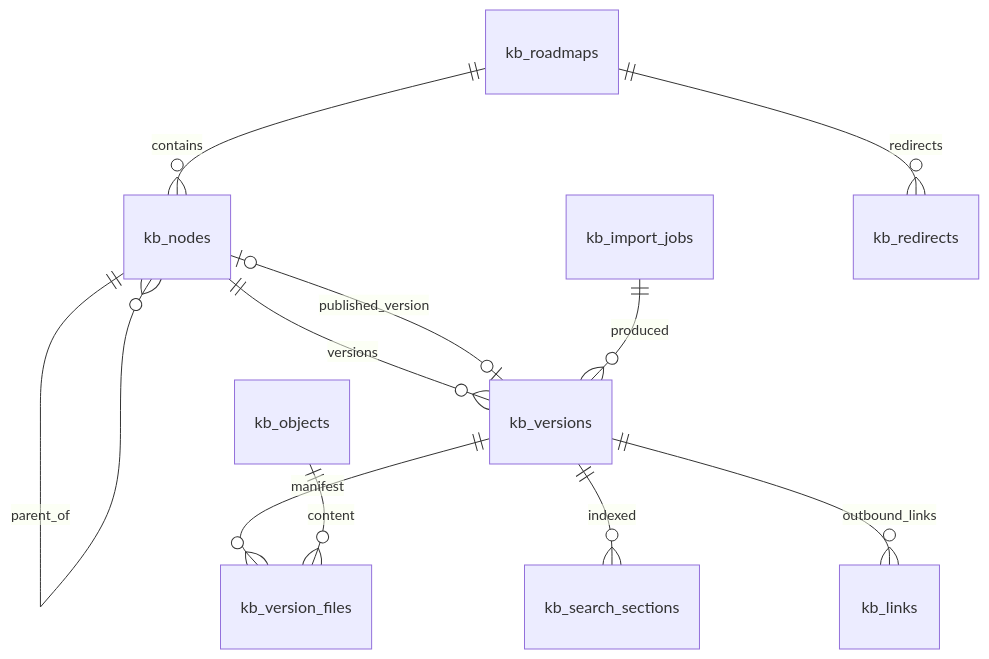
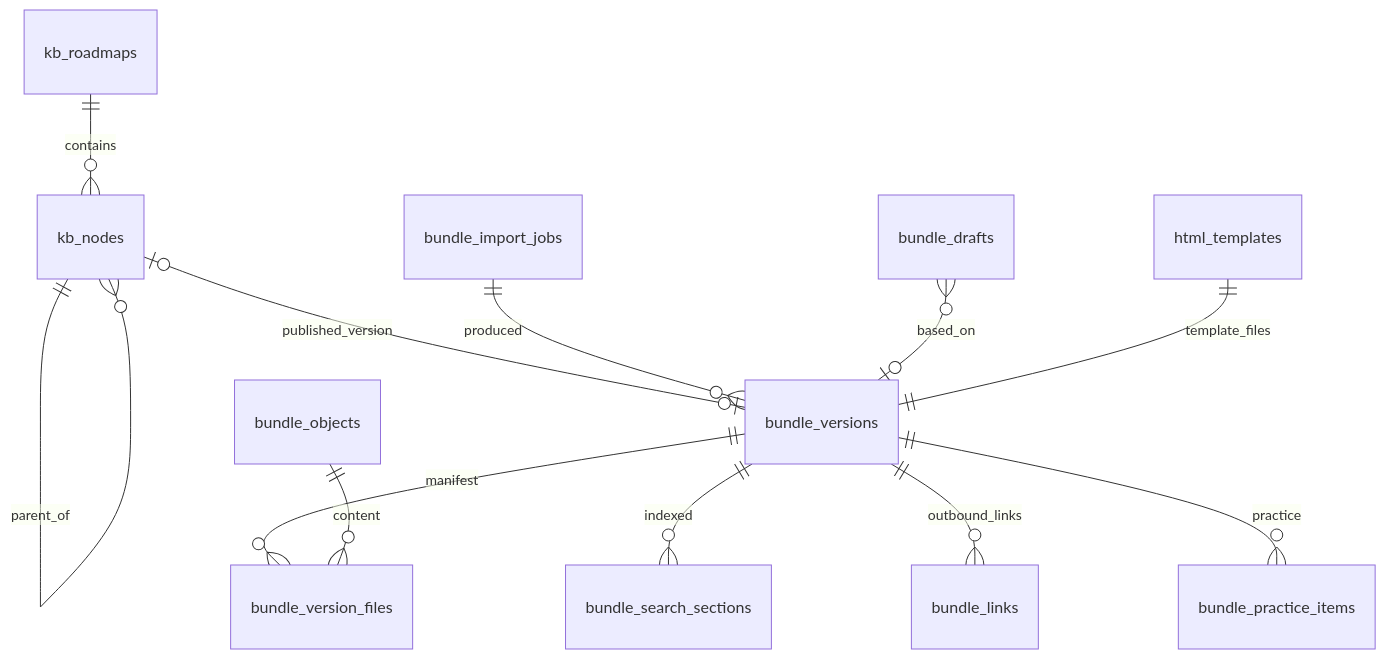
Before and after one commit to eyasir329/portfolio: the fourth of 6 diagrams in docs/07-database-design.md, drawn with Mermaid. The commit also changed other lines of this file and 25 other files, not shown here.

````diff
--- a/docs/07-database-design.md
+++ b/docs/07-database-design.md
@@ -91,13 +106,14 @@
 ```mermaid
 erDiagram
   kb_roadmaps ||--o{ kb_nodes : contains
   kb_nodes ||--o{ kb_nodes : parent_of
-  kb_nodes ||--o{ kb_versions : versions
-  kb_nodes |o--o| kb_versions : published_version
-  kb_versions ||--o{ kb_version_files : manifest
-  kb_objects ||--o{ kb_version_files : content
-  kb_versions ||--o{ kb_search_sections : indexed
-  kb_versions ||--o{ kb_links : outbound_links
-  kb_import_jobs ||--o{ kb_versions : produced
-  kb_roadmaps ||--o{ kb_redirects : redirects
+  kb_nodes |o--o| bundle_versions : published_version
+  bundle_versions ||--o{ bundle_version_files : manifest
+  bundle_objects ||--o{ bundle_version_files : content
+  bundle_versions ||--o{ bundle_search_sections : indexed
+  bundle_versions ||--o{ bundle_links : outbound_links
+  bundle_versions ||--o{ bundle_practice_items : practice
+  bundle_import_jobs ||--o{ bundle_versions : produced
+  bundle_drafts }o--o| bundle_versions : based_on
+  html_templates ||--|| bundle_versions : template_files
 ```
````
